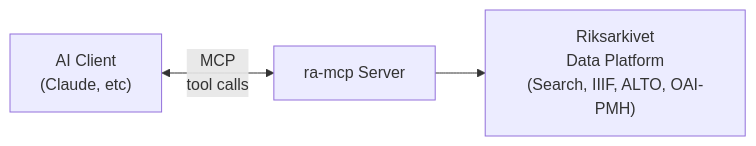
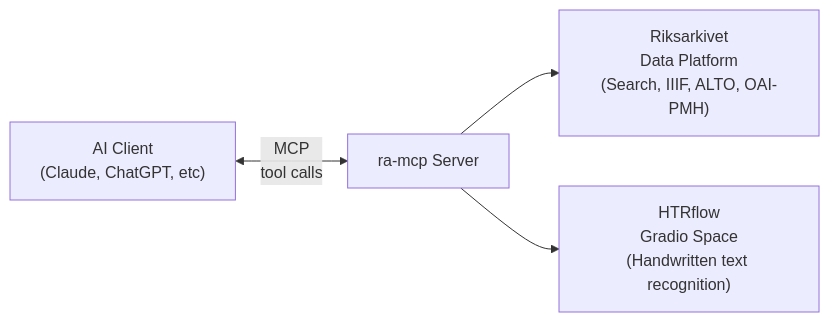
The first of 2 diagrams in docs/how-it-works/index.md (AI-Riksarkivet/ra-mcp), drawn with Mermaid before and after one commit. The commit also changed other lines of this file and 20 other files, not shown here.

````diff
--- a/docs/how-it-works/index.md
+++ b/docs/how-it-works/index.md
@@ -15,5 +15,6 @@
 ``` mermaid
 graph LR
-  A["AI Client\n(Claude, etc)"] <-->|"MCP\ntool calls"| B["ra-mcp Server"]
+  A["AI Client\n(Claude, ChatGPT, etc)"] <-->|"MCP\ntool calls"| B["ra-mcp Server"]
   B --> C["Riksarkivet\nData Platform\n(Search, IIIF, ALTO, OAI-PMH)"]
+  B --> D["HTRflow\nGradio Space\n(Handwritten text recognition)"]
 ```
````
